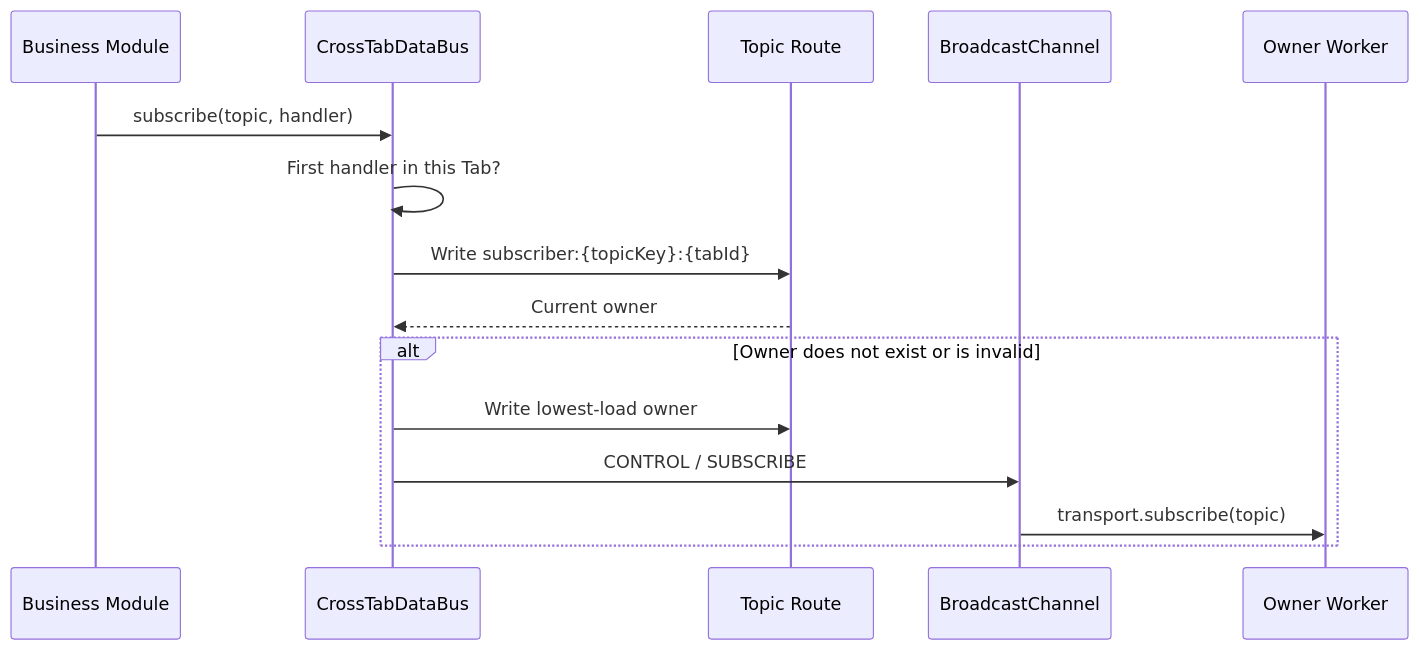
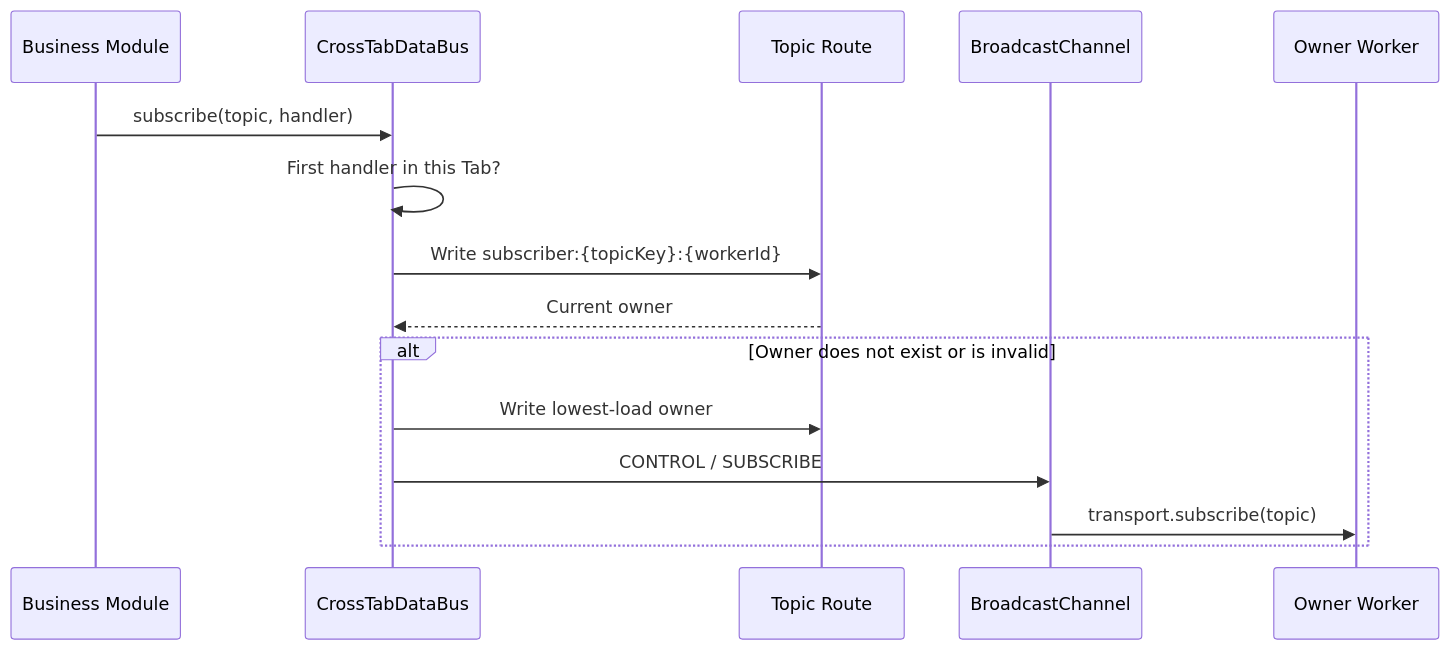
Before and after one commit to Sun1090/cross-tab-worker-databus: the third of 4 diagrams in docs/architecture.md, drawn with Mermaid. The commit also changed other lines of this file and 10 other files, not shown here.

First line of the commit message:
fix(cluster): key subscriber records per Runtime, not per Tab (#446)

````diff
--- a/docs/architecture.md
+++ b/docs/architecture.md
@@ -443,18 +443,18 @@
 ```mermaid
 sequenceDiagram
   participant App as Business Module
   participant Bus as CrossTabDataBus
   participant Route as Topic Route
   participant Channel as BroadcastChannel
   participant Owner as Owner Worker
 
   App->>Bus: subscribe(topic, handler)
   Bus->>Bus: First handler in this Tab?
-  Bus->>Route: Write subscriber:{topicKey}:{tabId}
+  Bus->>Route: Write subscriber:{topicKey}:{workerId}
   Route-->>Bus: Current owner
   alt Owner does not exist or is invalid
     Bus->>Route: Write lowest-load owner
     Bus->>Channel: CONTROL / SUBSCRIBE
     Channel->>Owner: transport.subscribe(topic)
   end
 ```
````
